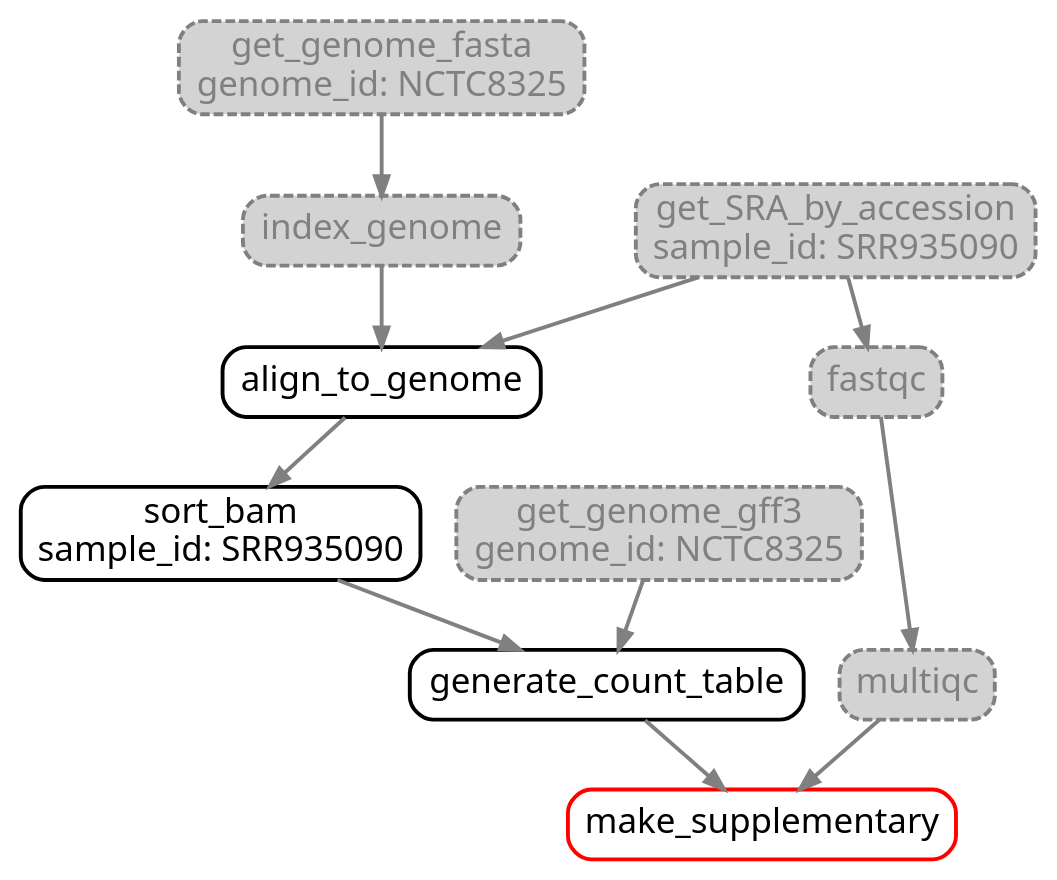
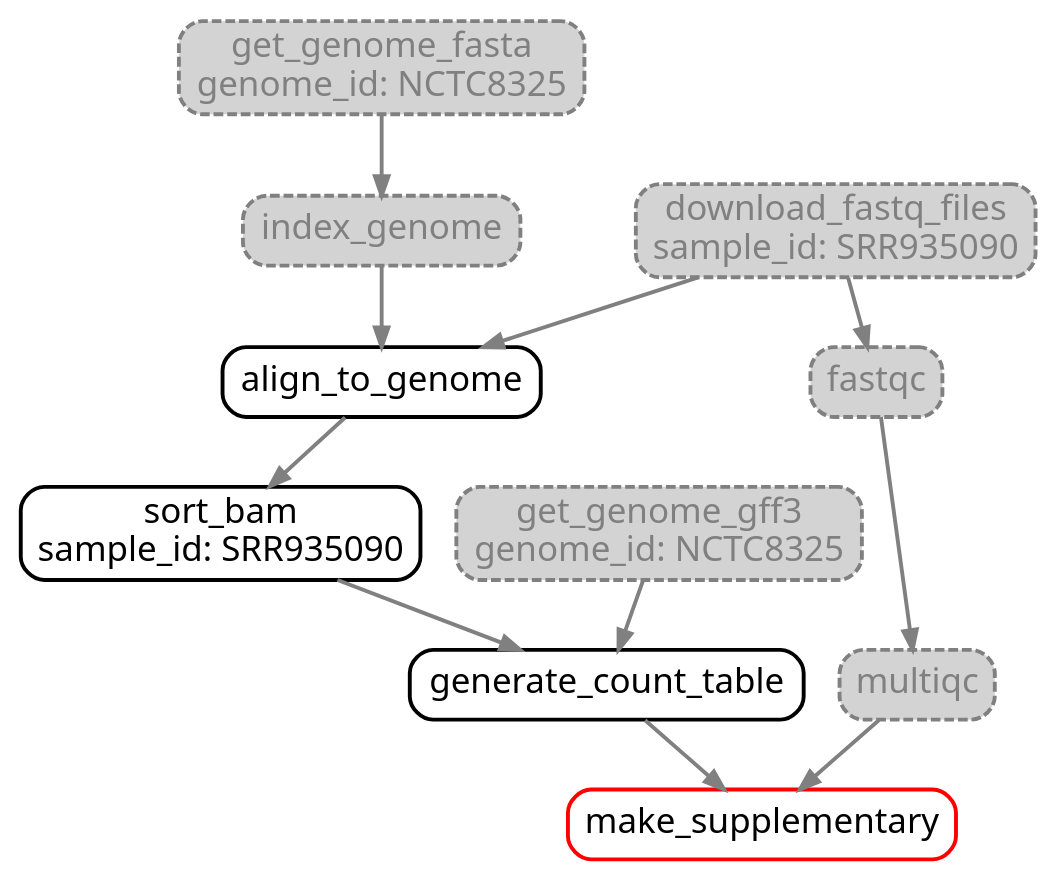
Diagram 11 of 11 in lectures/snakemake/snakemake.qmd (NBISweden/workshop-reproducible-research), drawn with Graphviz before and after one commit. The commit also changed other lines of this file, not shown here.

Commit message:
Match snakefmt and update get_SRA_by_accession rule

````diff
--- a/lectures/snakemake/snakemake.qmd
+++ b/lectures/snakemake/snakemake.qmd
@@ -691,27 +683,27 @@
 ```{dot}
 digraph snakemake_dag {
     graph[bgcolor=white, margin=1];
     node[shape=box, style=rounded, fontname=sans,                 fontsize=18, penwidth=2];
     edge[penwidth=2, color=grey];
         0[label = "make_supplementary", color = "red", style="rounded"];
         1[label = "generate_count_table", color = "black", style="rounded"];
         2[label = "sort_bam\nsample_id: SRR935090", color = "black", style="rounded"];
         3[label = "align_to_genome", color = "black", style="rounded"];
-        4[label = "get_SRA_by_accession\nsample_id: SRR935090", fontcolor="grey", fillcolor="lightgrey", color = "grey", style="rounded,dashed,filled"];
+        4[label = "download_fastq_files\nsample_id: SRR935090", fontcolor="grey", fillcolor="lightgrey", color = "grey", style="rounded,dashed,filled"];
         5[label = "index_genome", color = "grey", fillcolor="lightgrey", fontcolor="grey", style="rounded,dashed,filled"];
         6[label = "get_genome_fasta\ngenome_id: NCTC8325", color = "grey", fontcolor="grey", fillcolor="lightgrey", style="rounded,dashed,filled"];
         7[label = "get_genome_gff3\ngenome_id: NCTC8325", color = "grey", fontcolor="grey", fillcolor="lightgrey", style="rounded,dashed,filled"];
         8[label = "multiqc", fontcolor="grey", fillcolor="lightgrey", color = "grey", style="rounded,dashed,filled"];
         9[label = "fastqc", color = "grey", fillcolor="lightgrey", fontcolor="grey", style="rounded,dashed,filled"];
         1 -> 0
         8 -> 0
         2 -> 1
         7 -> 1
         3 -> 2
         4 -> 3
         5 -> 3
         6 -> 5
         9 -> 8
         4 -> 9
 }
 ```
````
